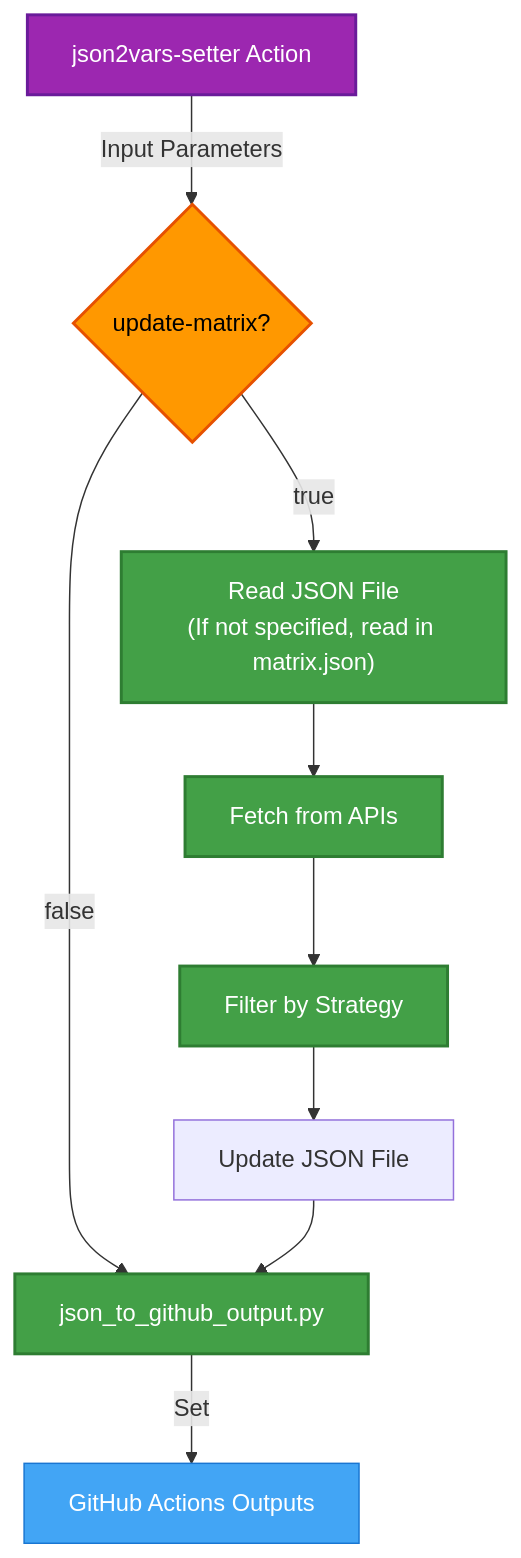
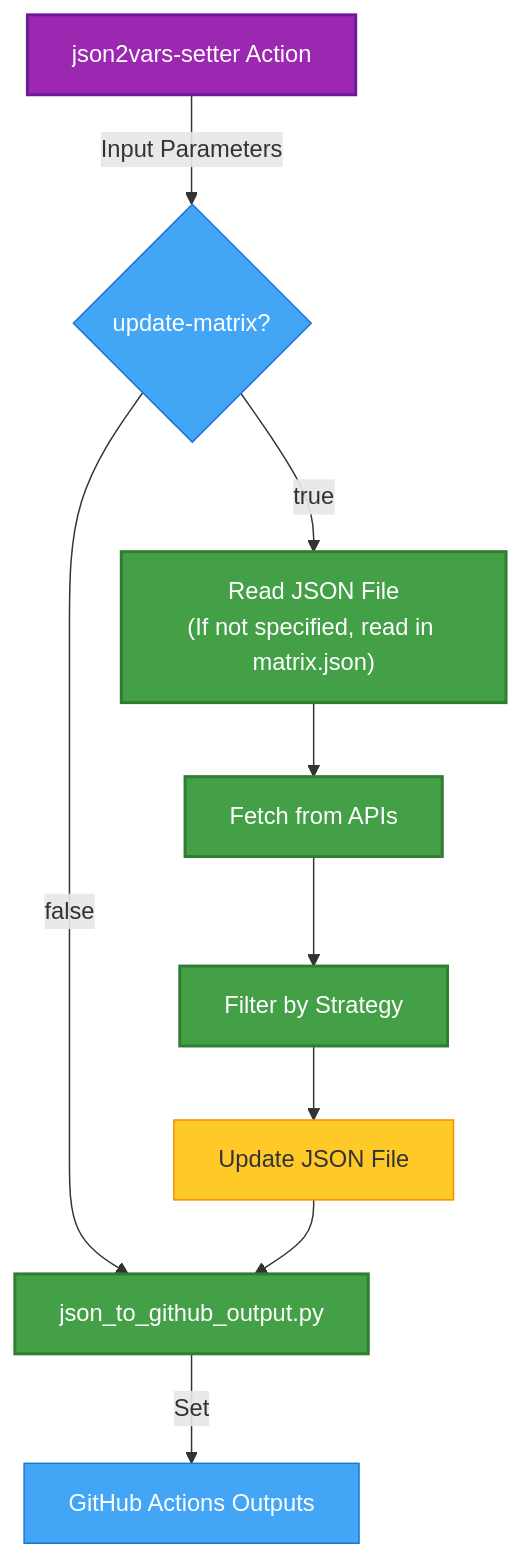
Before and after one commit to 7rikazhexde/json2vars-setter: the first of 2 diagrams in docs/features/dynamic-update.md, drawn with Mermaid. The commit also changed other lines of this file and 10 other files, not shown here.

Commit message:
:art: Add Mermaid configuration files and enhance contributing documentation for improved clarity

````diff
--- a/docs/features/dynamic-update.md
+++ b/docs/features/dynamic-update.md
@@ -9,27 +9,31 @@
 ```mermaid
 graph TD
     Start[json2vars-setter Action] -->|Input Parameters| Condition{update-matrix?}
 
     %% False path - direct JSON parsing
     Condition -->|false| G[json_to_github_output.py]
 
     %% True path - update then parse
     Condition -->|true| Step1[Read JSON File<br>#40;If not specified, read in matrix.json#41;]
     Step1 --> Step2[Fetch from APIs]
     Step2 --> Step3[Filter by Strategy]
     Step3 --> Step4[Update JSON File]
     Step4 --> G
 
     %% Common final step
     G -->|Set| H[GitHub Actions Outputs]
 
-    classDef condition fill:#ff9800,stroke:#e65100,stroke-width:2px,color:#000
+    classDef condition fill:#42a5f5,stroke:#1976d2,stroke-width:1px,color:#fff
     classDef process fill:#43a047,stroke:#2e7d32,stroke-width:2px,color:#fff
+    classDef api fill:#e91e63,stroke:#c2185b,stroke-width:1px,color:#fff
+    classDef json fill:#ffca28,stroke:#fb8c00,stroke-width:1px,color:#333333
     classDef output fill:#42a5f5,stroke:#1976d2,stroke-width:1px,color:#fff
     classDef start fill:#9c27b0,stroke:#6a1b9a,stroke-width:2px,color:#fff
 
     class Start start
     class Condition condition
+    class Step2 api
     class Step1,Step2,Step3,G process
+    class Step4 json
     class H output
 ```
````
